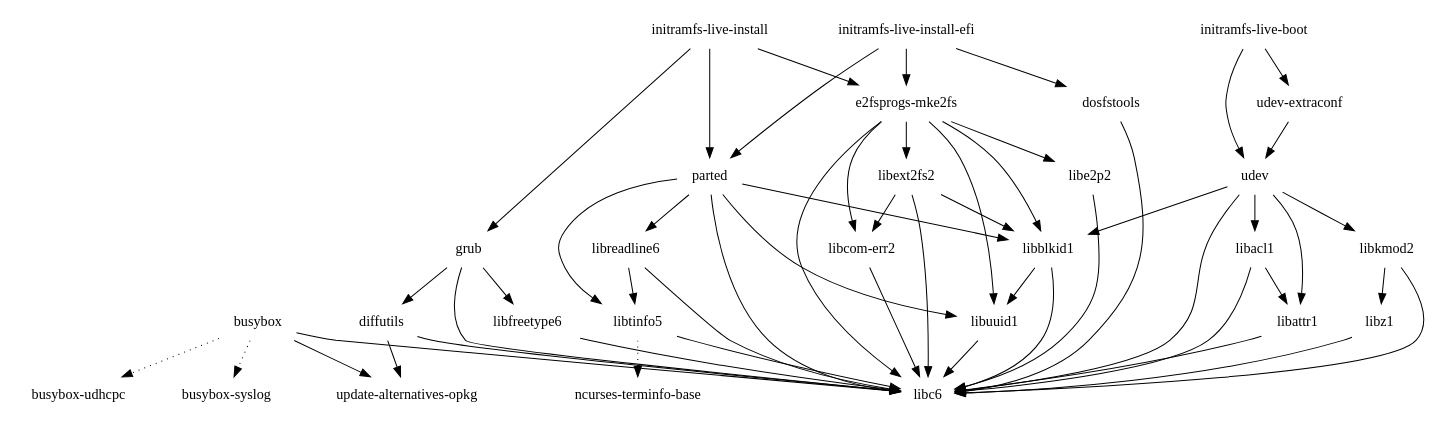
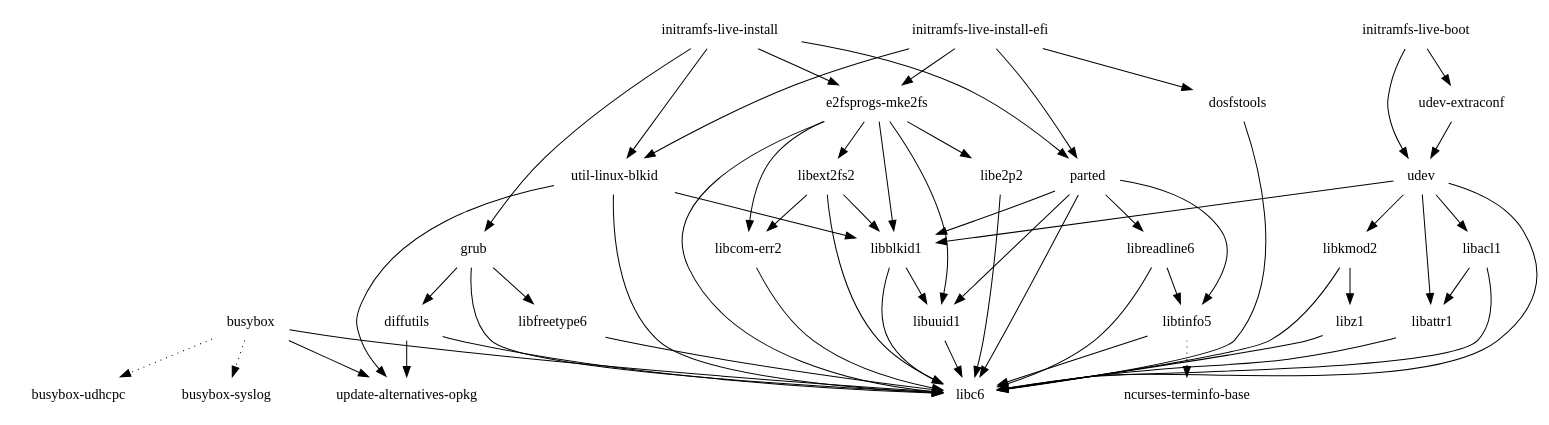
Before and after one commit to Angstrom-distribution/buildhistory: the diagram in images/beast/glibc/core-image-minimal-initramfs/depends-nokernel.dot, drawn with Graphviz. The commit also changed 20 other files, not shown here.

```diff
--- a/images/beast/glibc/core-image-minimal-initramfs/depends-nokernel.dot
+++ b/images/beast/glibc/core-image-minimal-initramfs/depends-nokernel.dot
@@ -1,57 +1,62 @@
 digraph depends {
     node [shape=plaintext]
 "busybox" -> "busybox-syslog" [style=dotted];
 "busybox" -> "busybox-udhcpc" [style=dotted];
 "busybox" -> "libc6";
 "busybox" -> "update-alternatives-opkg";
 "diffutils" -> "libc6";
 "diffutils" -> "update-alternatives-opkg";
 "dosfstools" -> "libc6";
 "e2fsprogs-mke2fs" -> "libblkid1";
 "e2fsprogs-mke2fs" -> "libc6";
 "e2fsprogs-mke2fs" -> "libcom-err2";
 "e2fsprogs-mke2fs" -> "libe2p2";
 "e2fsprogs-mke2fs" -> "libext2fs2";
 "e2fsprogs-mke2fs" -> "libuuid1";
 "grub" -> "diffutils";
 "grub" -> "libc6";
 "grub" -> "libfreetype6";
 "initramfs-live-boot" -> "udev";
 "initramfs-live-boot" -> "udev-extraconf";
 "initramfs-live-install" -> "e2fsprogs-mke2fs";
 "initramfs-live-install" -> "grub";
 "initramfs-live-install" -> "parted";
+"initramfs-live-install" -> "util-linux-blkid";
 "initramfs-live-install-efi" -> "dosfstools";
 "initramfs-live-install-efi" -> "e2fsprogs-mke2fs";
 "initramfs-live-install-efi" -> "parted";
+"initramfs-live-install-efi" -> "util-linux-blkid";
 "libacl1" -> "libattr1";
 "libacl1" -> "libc6";
 "libattr1" -> "libc6";
 "libblkid1" -> "libc6";
 "libblkid1" -> "libuuid1";
 "libcom-err2" -> "libc6";
 "libe2p2" -> "libc6";
 "libext2fs2" -> "libblkid1";
 "libext2fs2" -> "libc6";
 "libext2fs2" -> "libcom-err2";
 "libfreetype6" -> "libc6";
 "libkmod2" -> "libc6";
 "libkmod2" -> "libz1";
 "libreadline6" -> "libc6";
 "libreadline6" -> "libtinfo5";
 "libtinfo5" -> "libc6";
 "libtinfo5" -> "ncurses-terminfo-base" [style=dotted];
 "libuuid1" -> "libc6";
 "libz1" -> "libc6";
 "parted" -> "libblkid1";
 "parted" -> "libc6";
 "parted" -> "libreadline6";
 "parted" -> "libtinfo5";
 "parted" -> "libuuid1";
 "udev" -> "libacl1";
 "udev" -> "libattr1";
 "udev" -> "libblkid1";
 "udev" -> "libc6";
 "udev" -> "libkmod2";
 "udev-extraconf" -> "udev";
+"util-linux-blkid" -> "libblkid1";
+"util-linux-blkid" -> "libc6";
+"util-linux-blkid" -> "update-alternatives-opkg";
 }
```
